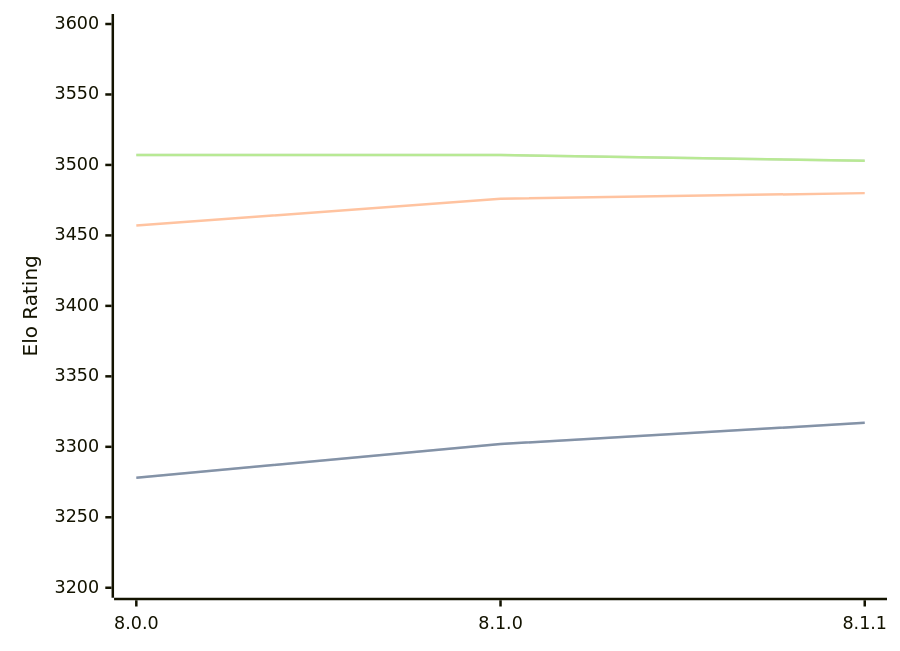
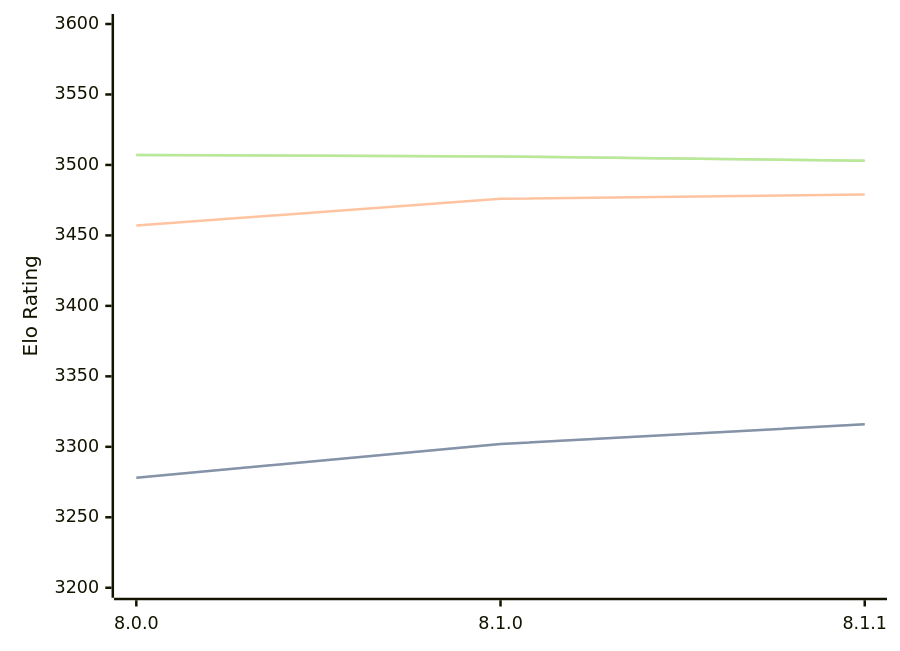
Before and after one commit to computer-chess-index/cci: the diagram in engines/Velvet.md, drawn with Mermaid. The commit also changed other lines of this file, not shown here.

Commit message:
Update CCI Ratings (ELO VLTC) - 2026-03-15

````diff
--- a/engines/Velvet.md
+++ b/engines/Velvet.md
@@ -55,11 +55,11 @@
 ```mermaid
 %%{init: {"theme":"base","themeVariables":{"seriesColors:['#a3a3a3','#222221','#faa371']}}}%%
 xychart-beta
   x-axis ["8.0.0", "8.1.0", "8.1.1"]
   y-axis "Elo Rating" 3200 --> 3600
-  line "STC (8.0+0.08s)" [3278, 3302, 3317]
-  line "STC (8.0+0.08s)" [3278, 3302, 3317]
-  line "LTC (60.0+0.60s)" [3457, 3476, 3480]
-  line "VLTC (2m24s+1.12s)" [3507, 3507, 3503]
-  line "VLTC (2m24s+1.12s)" [3507, 3507, 3503]
+  line "STC (8.0+0.08s)" [3278, 3302, 3316]
+  line "STC (8.0+0.08s)" [3278, 3302, 3316]
+  line "LTC (60.0+0.60s)" [3457, 3476, 3479]
+  line "VLTC (2m24s+1.12s)" [3507, 3506, 3503]
+  line "VLTC (2m24s+1.12s)" [3507, 3506, 3503]
 ```
````
